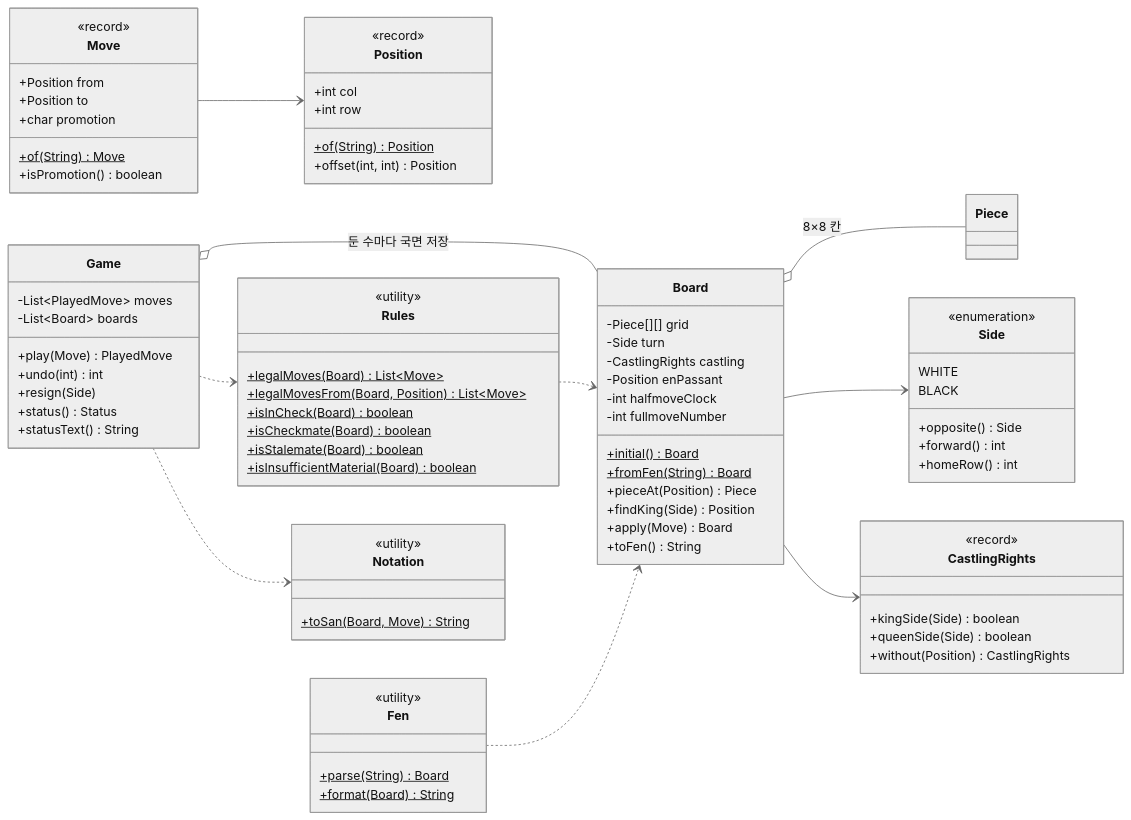
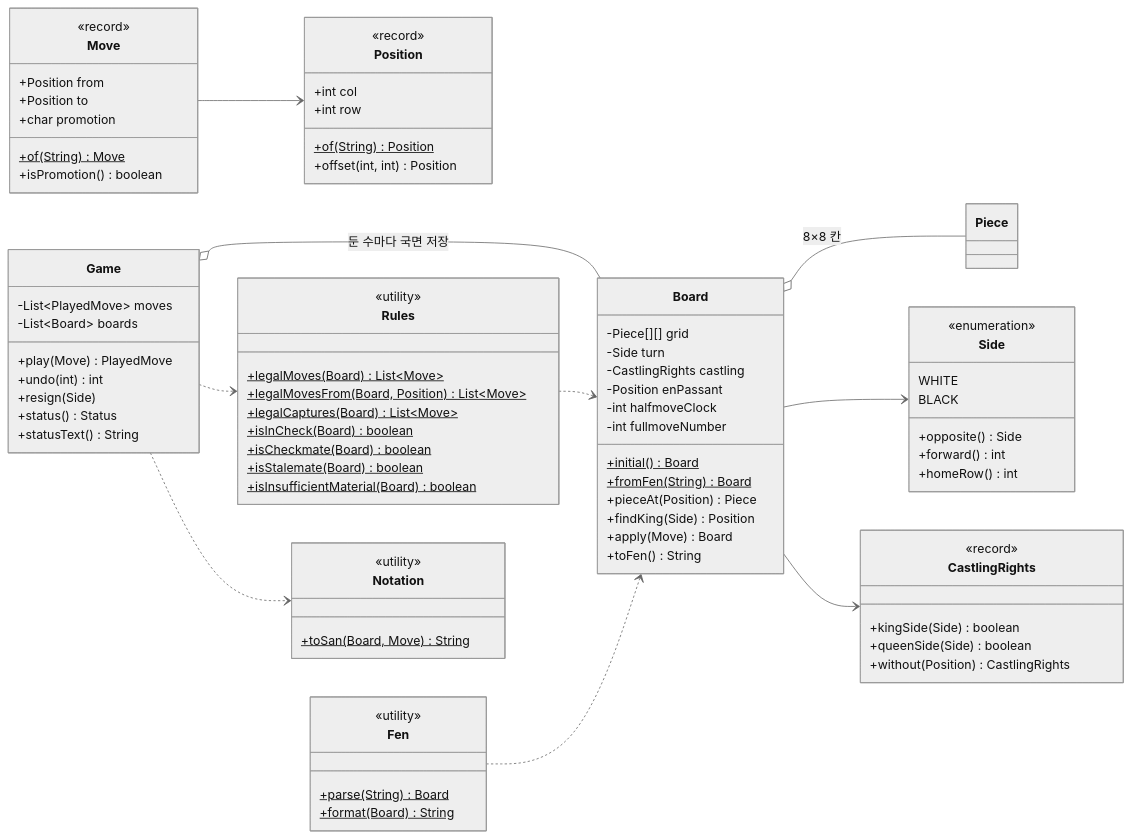
Before and after one commit to OOP-TeamA/chess-trainer: the second of 7 diagrams in docs/backend.md, drawn with Mermaid (neutral theme). The commit also changed other lines of this file and 27 other files, not shown here.

```diff
--- a/docs/backend.md
+++ b/docs/backend.md
@@ -162,6 +162,7 @@
         <<utility>>
         +legalMoves(Board)$ List~Move~
         +legalMovesFrom(Board, Position)$ List~Move~
+        +legalCaptures(Board)$ List~Move~
         +isInCheck(Board)$ boolean
         +isCheckmate(Board)$ boolean
         +isStalemate(Board)$ boolean
```
